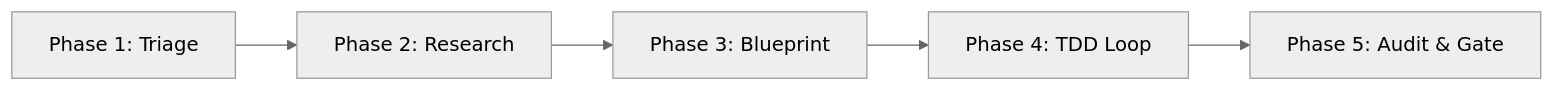
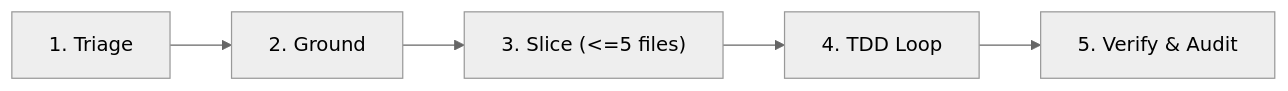
Before and after one commit to JooduG/gemini: the diagram in GEMINI.md, drawn with Mermaid (neutral theme). The commit also changed other lines of this file and 91 other files, not shown here.

````diff
--- a/GEMINI.md
+++ b/GEMINI.md
@@ -106,4 +58,4 @@
 ```mermaid
 flowchart LR
-    P1["Phase 1: Triage"] --> P2["Phase 2: Research"] --> P3["Phase 3: Blueprint"] --> P4["Phase 4: TDD Loop"] --> P5["Phase 5: Audit & Gate"]
+    P1["1. Triage"] --> P2["2. Ground"] --> P3["3. Slice (<=5 files)"] --> P4["4. TDD Loop"] --> P5["5. Verify & Audit"]
 ```
````
